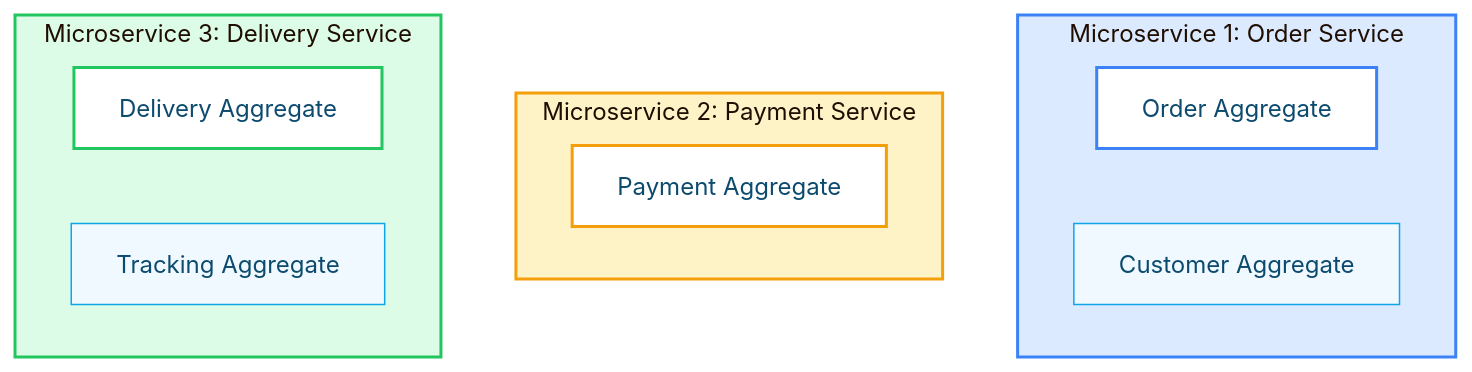
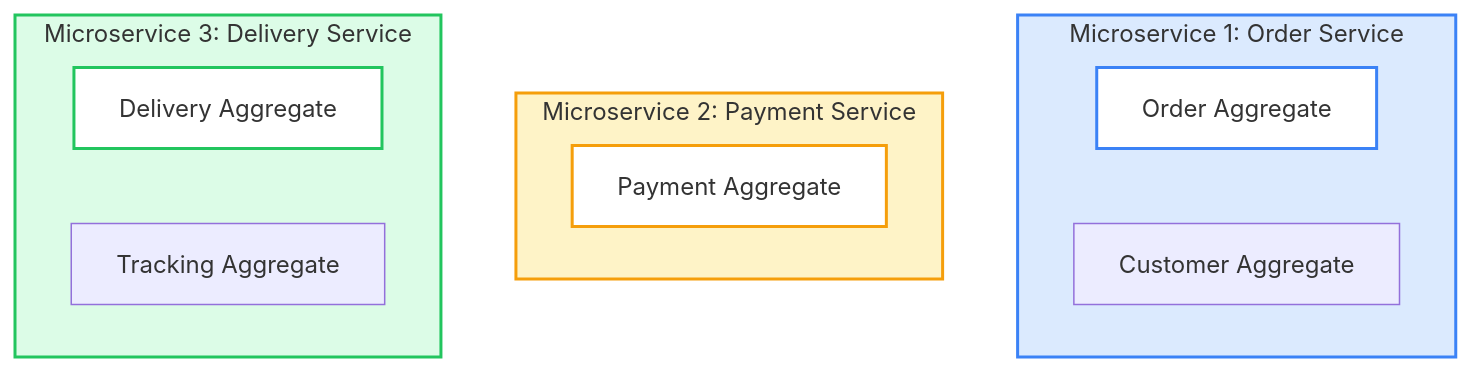
One commit to jirayusueb/memo-vault changed the third of 3 diagrams in 00-INBOX/practical-ddd-design-level-eventstorming.md. Above: the diagram before and after it, drawn with Mermaid. The commit also changed other lines of this file and 2 other files, not shown here.

Commit message:
Remove: Mermaid theme init blocks

````diff
--- a/00-INBOX/practical-ddd-design-level-eventstorming.md
+++ b/00-INBOX/practical-ddd-design-level-eventstorming.md
@@ -102,35 +80,24 @@
 ```mermaid
-%%{init: {
-  'theme': 'base',
-  'themeVariables': {
-    'primaryColor': '#f0f9ff',
-    'primaryTextColor': '#0c4a6e',
-    'primaryBorderColor': '#0ea5e9',
-    'lineColor': '#64748b',
-    'secondaryColor': '#fef3c7',
-    'tertiaryColor': '#e0f2fe',
-    'background': '#ffffff'
-  }
-}}%%
+
 graph TD
     subgraph MS1["Microservice 1: Order Service"]
         OA[Order Aggregate]
         OA_CA[Customer Aggregate]
     end
 
     subgraph MS2["Microservice 2: Payment Service"]
         PA[Payment Aggregate]
     end
 
     subgraph MS3["Microservice 3: Delivery Service"]
         DA[Delivery Aggregate]
         DA_TA[Tracking Aggregate]
     end
 
     style MS1 fill:#dbeafe,stroke:#3b82f6,stroke-width:2px
     style MS2 fill:#fef3c7,stroke:#f59e0b,stroke-width:2px
     style MS3 fill:#dcfce7,stroke:#22c55e,stroke-width:2px
     style OA fill:#ffffff,stroke:#3b82f6,stroke-width:2px
     style PA fill:#ffffff,stroke:#f59e0b,stroke-width:2px
     style DA fill:#ffffff,stroke:#22c55e,stroke-width:2px
 ```
````
